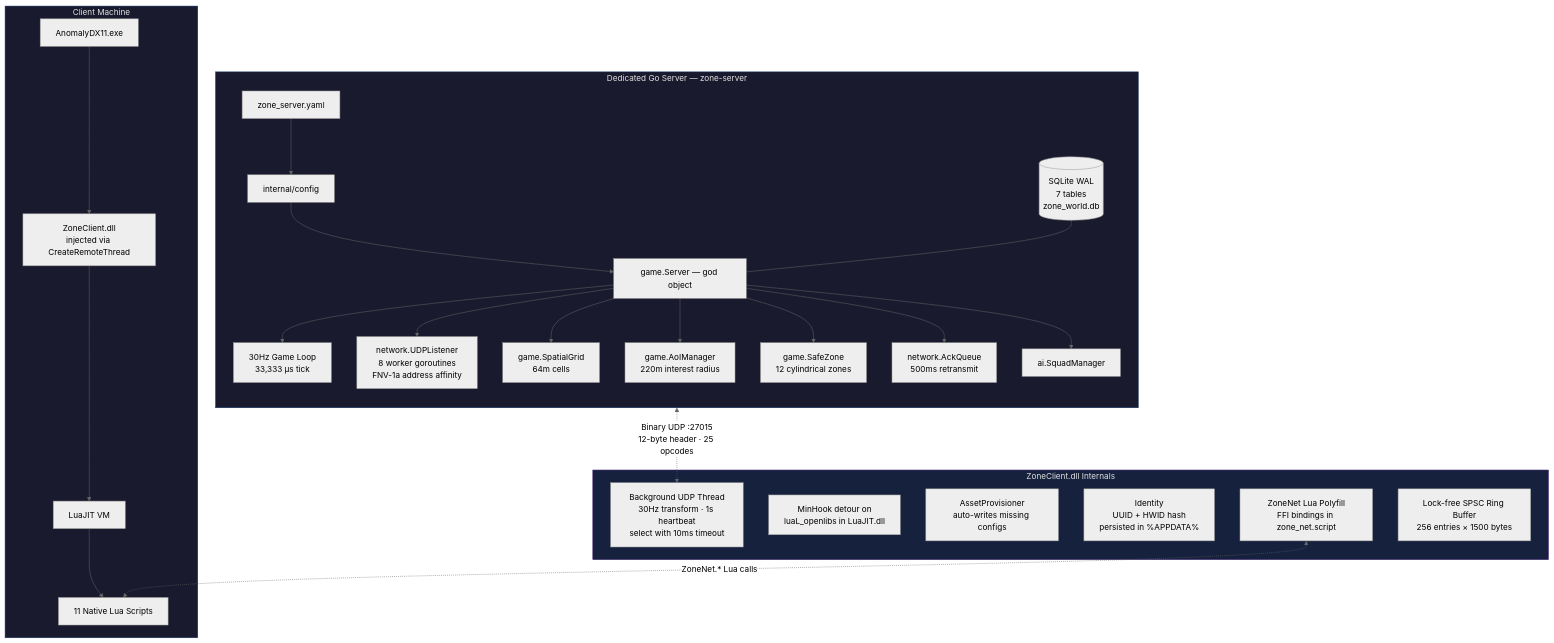
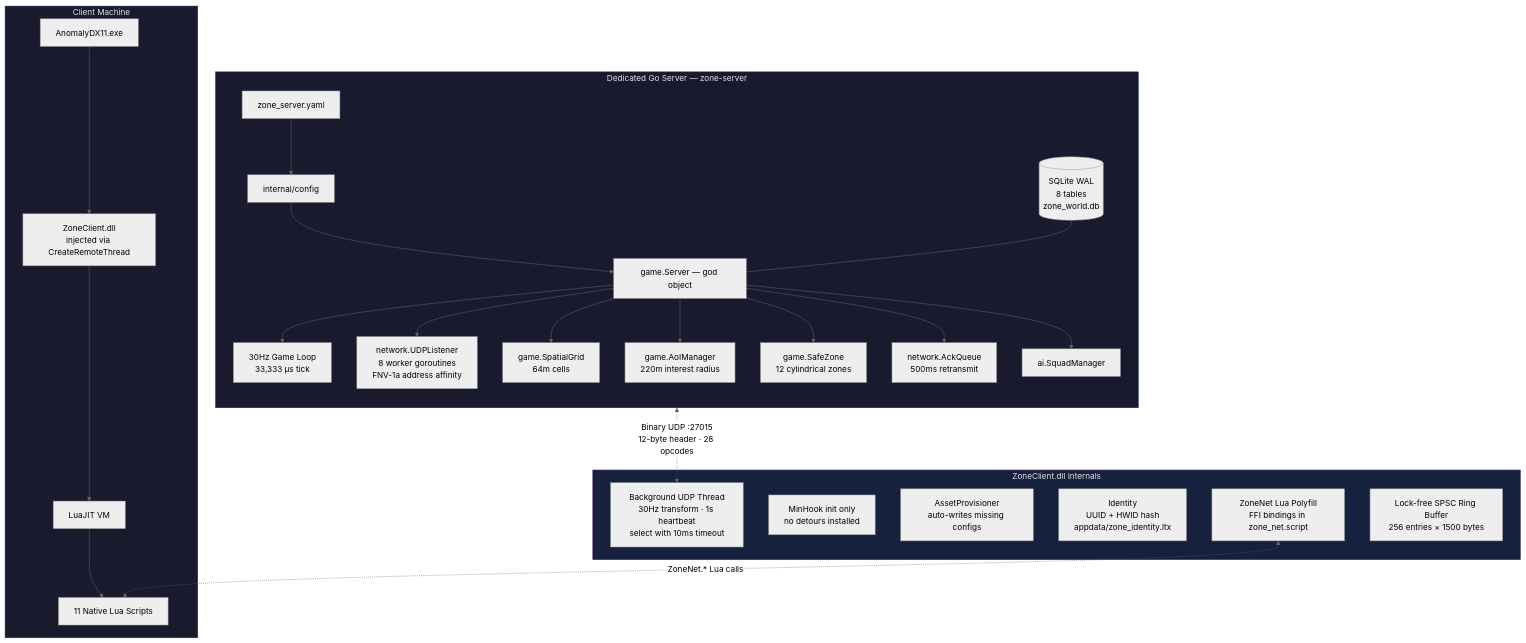
One commit to AnarchadiaMC/Zone changed the first of 3 diagrams in README.md. Above: the diagram before and after it, drawn with Mermaid (neutral theme). The commit also changed other lines of this file and 22 other files, not shown here.

````diff
--- a/README.md
+++ b/README.md
@@ -14,38 +14,38 @@
 ```mermaid
 graph TB
     subgraph Server["Dedicated Go Server — zone-server"]
         direction TB
         YAML["zone_server.yaml"] --> CFG["internal/config"]
         CFG --> SRV["game.Server — god object"]
         SRV --> TICK["30Hz Game Loop<br/>33,333 µs tick"]
         SRV --> UDP["network.UDPListener<br/>8 worker goroutines<br/>FNV-1a address affinity"]
         SRV --> SPATIAL["game.SpatialGrid<br/>64m cells"]
         SRV --> AOI["game.AoIManager<br/>220m interest radius"]
         SRV --> SZ["game.SafeZone<br/>12 cylindrical zones"]
         SRV --> ACK["network.AckQueue<br/>500ms retransmit"]
         SRV --> AI["ai.SquadManager"]
-        DB[("SQLite WAL<br/>7 tables<br/>zone_world.db")] --- SRV
+        DB[("SQLite WAL<br/>8 tables<br/>zone_world.db")] --- SRV
     end
 
     subgraph Client["Client Machine"]
         EXE["AnomalyDX11.exe"] --> DLL["ZoneClient.dll<br/>injected via CreateRemoteThread"]
         DLL --> LUA["LuaJIT VM"]
         LUA --> SCRIPTS["11 Native Lua Scripts"]
     end
 
     subgraph DLLInternals["ZoneClient.dll Internals"]
         NET["Background UDP Thread<br/>30Hz transform · 1s heartbeat<br/>select with 10ms timeout"]
-        HOOK["MinHook detour on<br/>luaL_openlibs in LuaJIT.dll"]
+        HOOK["MinHook init only<br/>no detours installed"]
         PROV["AssetProvisioner<br/>auto-writes missing configs"]
-        ID["Identity<br/>UUID + HWID hash<br/>persisted in %APPDATA%"]
+        ID["Identity<br/>UUID + HWID hash<br/>appdata/zone_identity.ltx"]
         BIND["ZoneNet Lua Polyfill<br/>FFI bindings in zone_net.script"]
         RING["Lock-free SPSC Ring Buffer<br/>256 entries × 1500 bytes"]
     end
 
-    UDP <-.->|"Binary UDP :27015<br/>12-byte header · 25 opcodes"| NET
+    UDP <-.->|"Binary UDP :27015<br/>12-byte header · 28 opcodes"| NET
     BIND <-.->|"ZoneNet.* Lua calls"| SCRIPTS
 
     style Server fill:#1a1a2e,stroke:#0f3460,color:#e0e0e0
     style Client fill:#1a1a2e,stroke:#0f3460,color:#e0e0e0
     style DLLInternals fill:#16213e,stroke:#533483,color:#e0e0e0
 ```
````
